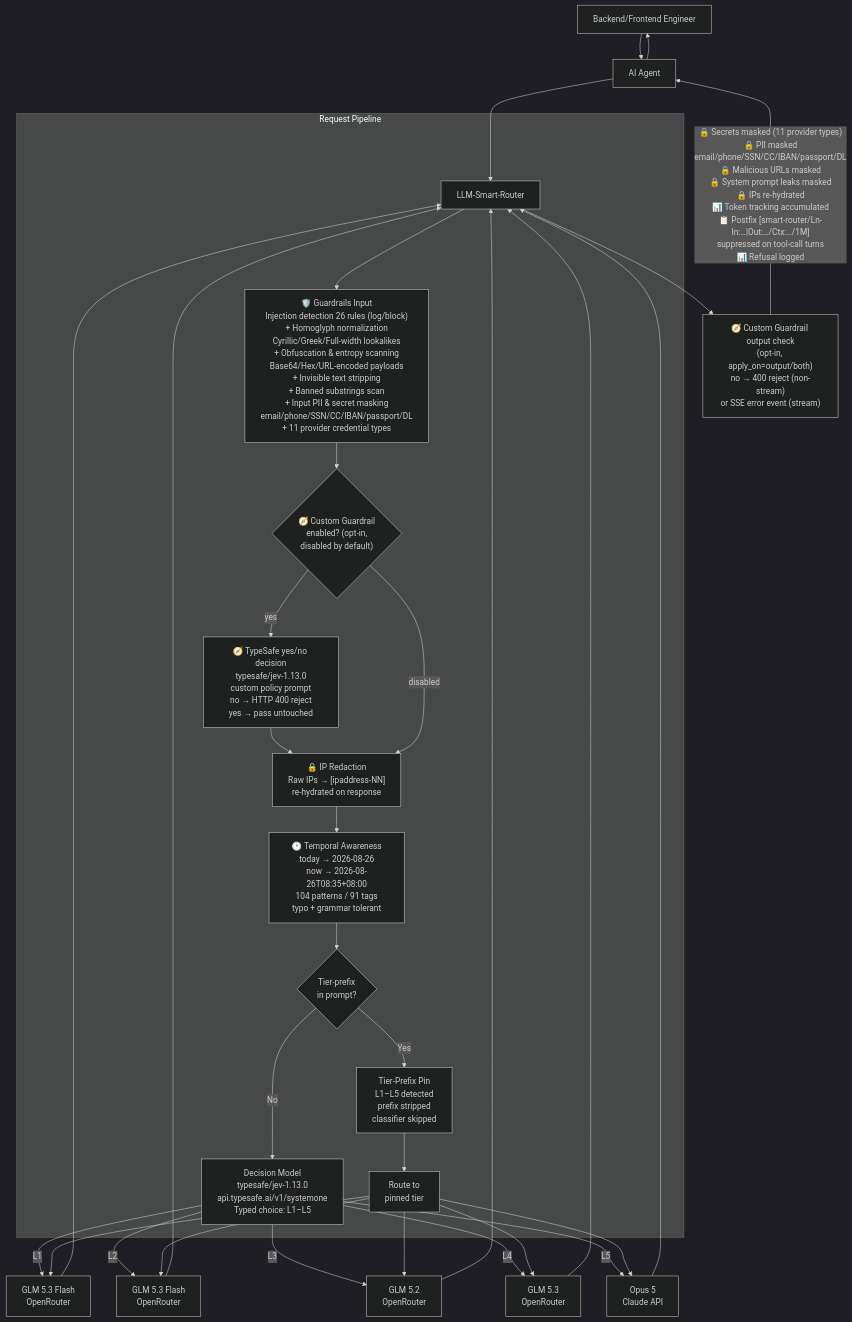
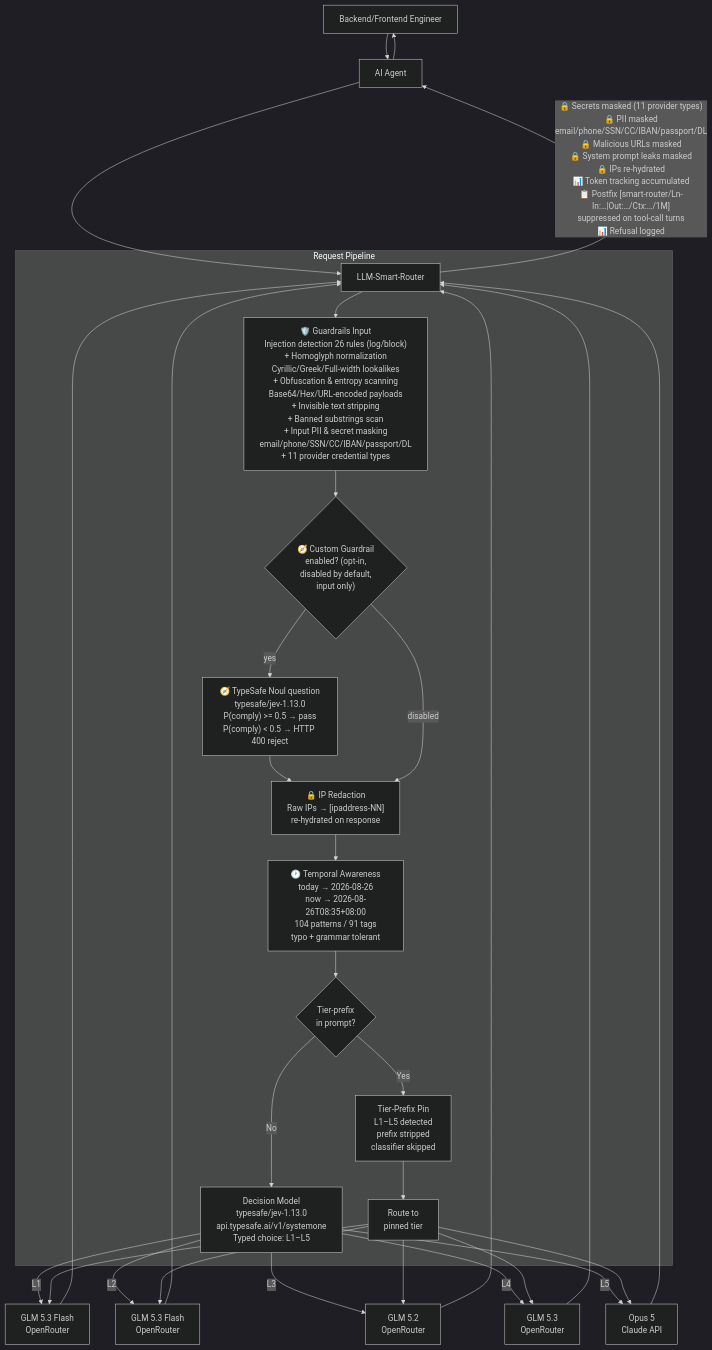
One commit to Green-Needle-Tech/llm-smart-router changed the diagram in README.md. Above: the diagram before and after it, drawn with Mermaid (dark theme). The commit also changed other lines of this file and 10 other files, not shown here.

First line of the commit message:
feat: custom guardrail switches to TypeSafe Noul, input-only (v2.24.0)

````diff
--- a/README.md
+++ b/README.md
@@ -302,39 +302,38 @@
 ```mermaid
 flowchart TD
     A[Backend/Frontend Engineer] --> B[AI Agent]
     B --> C[LLM-Smart-Router]
 
     subgraph Router [Request Pipeline]
         C --> P1["🛡️ Guardrails Input<br/>Injection detection 26 rules (log/block)<br/>+ Homoglyph normalization<br/>Cyrillic/Greek/Full-width lookalikes<br/>+ Obfuscation & entropy scanning<br/>Base64/Hex/URL-encoded payloads<br/>+ Invisible text stripping<br/>+ Banned substrings scan<br/>+ Input PII & secret masking<br/>email/phone/SSN/CC/IBAN/passport/DL<br/>+ 11 provider credential types"]
-        P1 --> CG{"🧭 Custom Guardrail<br/>enabled? (opt-in,<br/>disabled by default)"}
-        CG -->|yes| CG2["🧭 TypeSafe yes/no decision<br/>typesafe/jev-1.13.0<br/>custom policy prompt<br/>no → HTTP 400 reject<br/>yes → pass untouched"]
+        P1 --> CG{"🧭 Custom Guardrail<br/>enabled? (opt-in,<br/>disabled by default,<br/>input only)"}
+        CG -->|yes| CG2["🧭 TypeSafe Noul question<br/>typesafe/jev-1.13.0<br/>P(comply) >= 0.5 → pass<br/>P(comply) < 0.5 → HTTP 400 reject"]
         CG2 --> P2
         CG -->|disabled| P2["🔒 IP Redaction<br/>Raw IPs → [ipaddress-NN]<br/>re-hydrated on response"]
         P2 --> P2T["🕐 Temporal Awareness<br/>today → 2026-08-26<br/>now → 2026-08-26T08:35+08:00<br/>104 patterns / 91 tags<br/>typo + grammar tolerant"]
         P2T --> TP{"Tier-prefix<br/>in prompt?"}
         TP -->|Yes| TP2["Tier-Prefix Pin<br/>L1–L5 detected<br/>prefix stripped<br/>classifier skipped"]
         TP -->|No| D["Decision Model<br/>typesafe/jev-1.13.0<br/>api.typesafe.ai/v1/systemone<br/>Typed choice: L1–L5"]
         TP2 --> D2["Route to<br/>pinned tier"]
     end
 
     D -->|L1| E[GLM 5.3 Flash<br/>OpenRouter]
     D -->|L2| F[GLM 5.3 Flash<br/>OpenRouter]
     D -->|L3| F2[GLM 5.2<br/>OpenRouter]
     D -->|L4| F3[GLM 5.3<br/>OpenRouter]
     D -->|L5| H[Opus 5<br/>Claude API]
     D2 --> E
     D2 --> F
     D2 --> F2
     D2 --> F3
     D2 --> H
 
     E --> C
     F --> C
     F2 --> C
     F3 --> C
     H --> C
 
-    C --> CGO["🧭 Custom Guardrail output check<br/>(opt-in, apply_on=output/both)<br/>no → 400 reject (non-stream)<br/>or SSE error event (stream)"]
-    CGO -->|"🔒 Secrets masked (11 provider types)<br/>🔒 PII masked<br/>email/phone/SSN/CC/IBAN/passport/DL<br/>🔒 Malicious URLs masked<br/>🔒 System prompt leaks masked<br/>🔒 IPs re-hydrated<br/>📊 Token tracking accumulated<br/>📋 Postfix [smart-router/Ln-In:…|Out:…/Ctx:…/1M]<br/>suppressed on tool-call turns<br/>📊 Refusal logged"| B
+    C -->|"🔒 Secrets masked (11 provider types)<br/>🔒 PII masked<br/>email/phone/SSN/CC/IBAN/passport/DL<br/>🔒 Malicious URLs masked<br/>🔒 System prompt leaks masked<br/>🔒 IPs re-hydrated<br/>📊 Token tracking accumulated<br/>📋 Postfix [smart-router/Ln-In:…|Out:…/Ctx:…/1M]<br/>suppressed on tool-call turns<br/>📊 Refusal logged"| B
     B --> A
 ```
````
